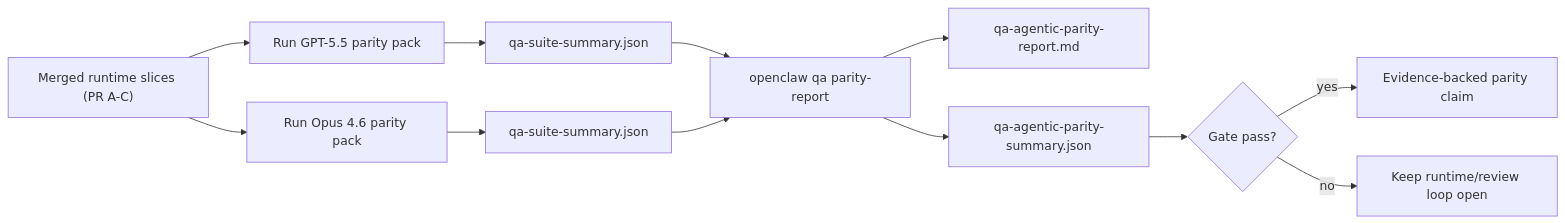
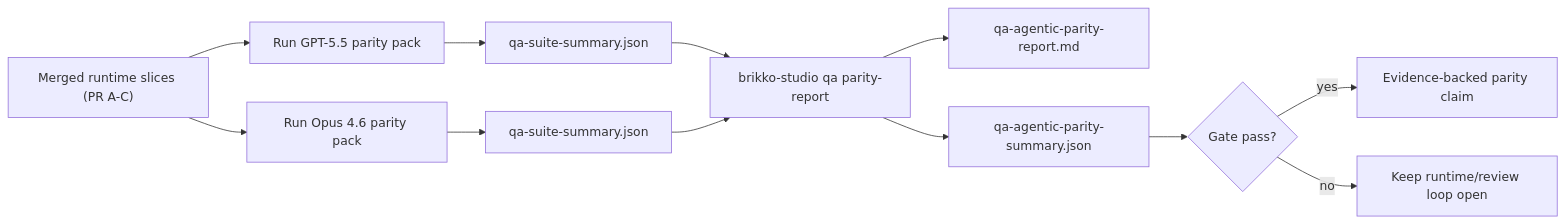
The second of 2 diagrams in packages/core/docs/help/gpt55-codex-agentic-parity.md (brikkoAI/brikko-studio), drawn with Mermaid before and after one commit. The commit also changed other lines of this file and 8351 other files, not shown here.

First line of the commit message:
refactor(core): rebrand OpenClaw -> Brikko Studio (M0 task 4)

````diff
--- a/packages/core/docs/help/gpt55-codex-agentic-parity.md
+++ b/packages/core/docs/help/gpt55-codex-agentic-parity.md
@@ -124,14 +124,14 @@
 ```mermaid
 flowchart LR
     A["Merged runtime slices (PR A-C)"] --> B["Run GPT-5.5 parity pack"]
     A --> C["Run Opus 4.6 parity pack"]
     B --> D["qa-suite-summary.json"]
     C --> E["qa-suite-summary.json"]
-    D --> F["openclaw qa parity-report"]
+    D --> F["brikko-studio qa parity-report"]
     E --> F
     F --> G["qa-agentic-parity-report.md"]
     F --> H["qa-agentic-parity-summary.json"]
     H --> I{"Gate pass?"}
     I -- "yes" --> J["Evidence-backed parity claim"]
     I -- "no" --> K["Keep runtime/review loop open"]
 ```
````
